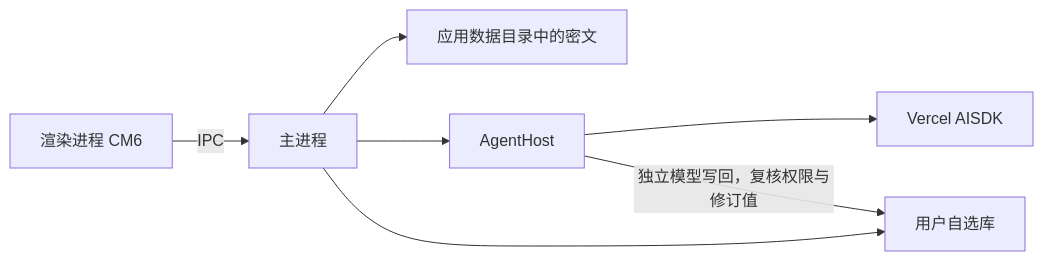
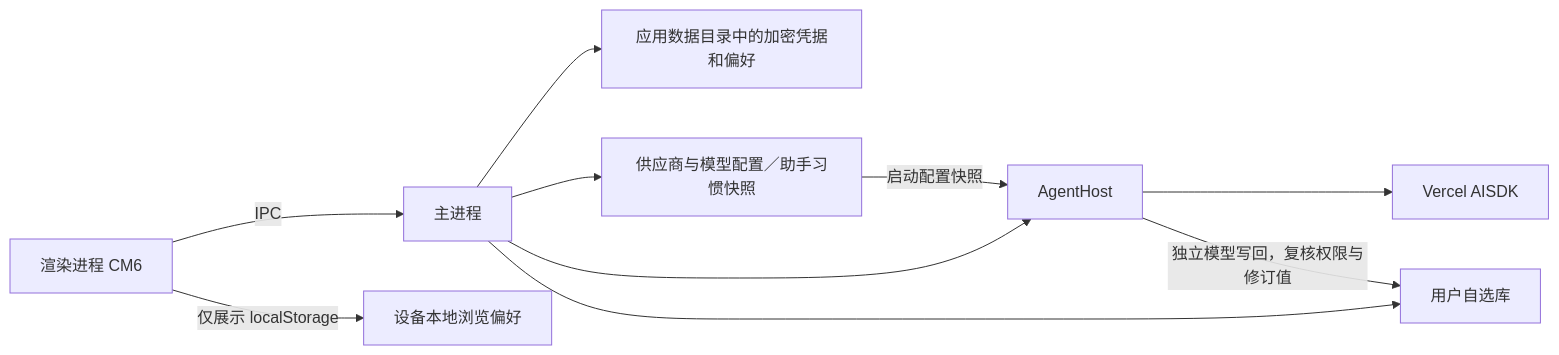
One commit to skahanium/Rgent changed the first of 2 diagrams in docs/architecture.md. Above: the diagram before and after it, drawn with Mermaid. The commit also changed other lines of this file and 9 other files, not shown here.

````diff
--- a/docs/architecture.md
+++ b/docs/architecture.md
@@ -9,16 +9,21 @@
 ```mermaid
 flowchart LR
   Renderer[渲染进程 CM6]
   Main[主进程]
   Host[AgentHost]
   SDK[Vercel AISDK]
   Vault[用户自选库]
-  Keys[应用数据目录中的密文]
+  Keys[应用数据目录中的加密凭据和偏好]
+  Config[供应商与模型配置／助手习惯快照]
+  Browse[设备本地浏览偏好]
 
   Renderer -->|IPC| Main
   Main --> Keys
+  Main --> Config
+  Config -->|启动配置快照| Host
+  Renderer -->|仅展示 localStorage| Browse
   Main --> Host
   Host --> SDK
   Main --> Vault
   Host -->|独立模型写回，复核权限与修订值| Vault
 ```
````
